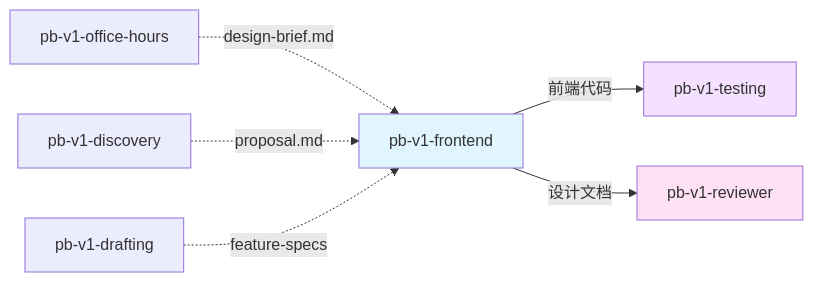
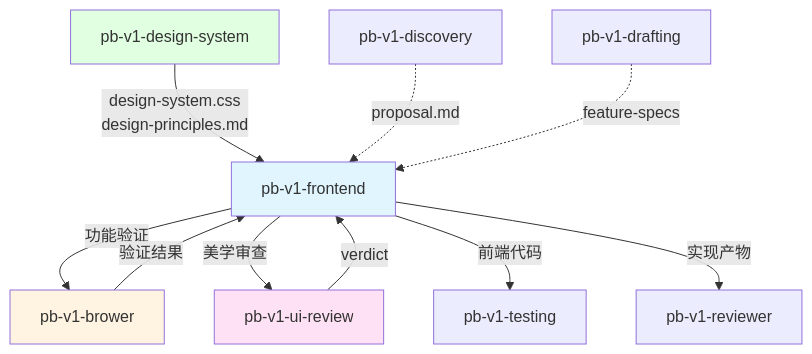
One commit to chenchiyuan/powerby-skills changed the diagram in skills/pb-v1-frontend/SKILL.md. Above: the diagram before and after it, drawn with Mermaid. The commit also changed other lines of this file and 58 other files, not shown here.

````diff
--- a/skills/pb-v1-frontend/SKILL.md
+++ b/skills/pb-v1-frontend/SKILL.md
@@ -653,12 +276,17 @@
 ```mermaid
-graph LR
-    OH[pb-v1-office-hours] -.->|design-brief.md| FE[pb-v1-frontend]
+graph TB
+    DS[pb-v1-design-system] -->|design-system.css<br/>design-principles.md| FE[pb-v1-frontend]
     DIS[pb-v1-discovery] -.->|proposal.md| FE
     DRA[pb-v1-drafting] -.->|feature-specs| FE
+    FE -->|功能验证| BRW[pb-v1-brower]
+    FE -->|美学审查| UIR[pb-v1-ui-review]
+    BRW -->|验证结果| FE
+    UIR -->|verdict| FE
     FE -->|前端代码| TST[pb-v1-testing]
-    FE -->|设计文档| REV[pb-v1-reviewer]
-    
+    FE -->|实现产物| REV[pb-v1-reviewer]
+
     style FE fill:#e1f5ff
-    style TST fill:#f5e1ff
-    style REV fill:#ffe1f5
+    style DS fill:#e1ffe1
+    style UIR fill:#ffe1f5
+    style BRW fill:#fff4e1
 ```
````
